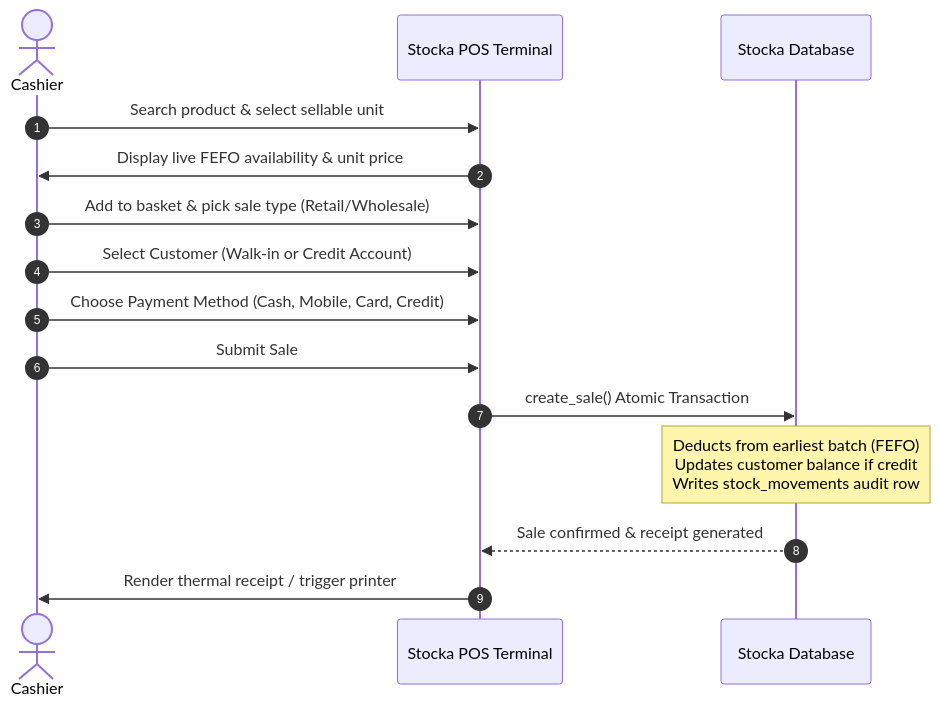
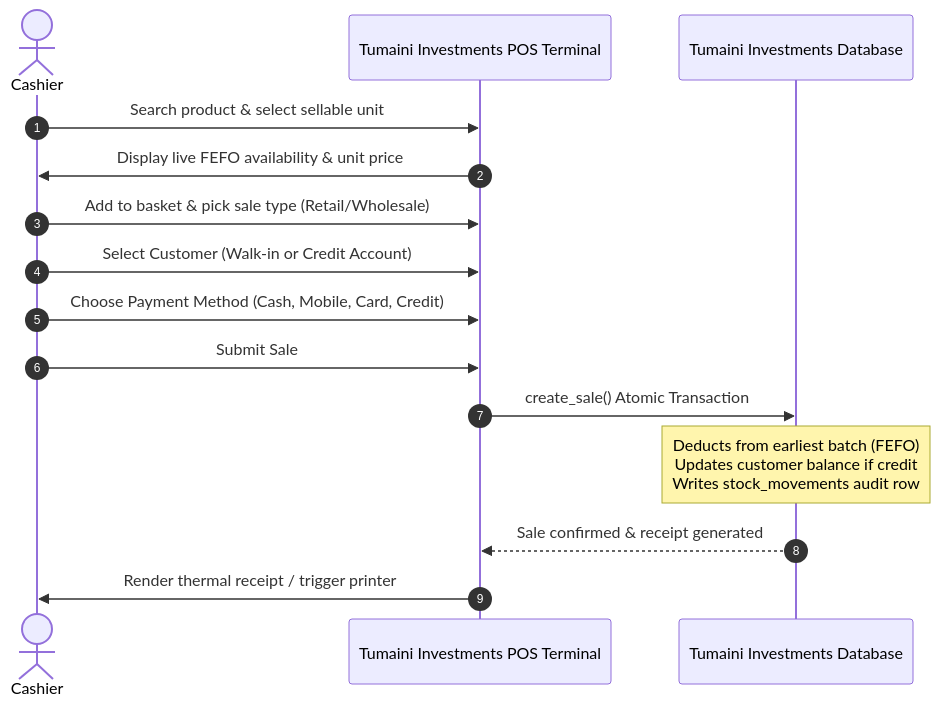
One commit to ThomJonathan/Pharmacy-management-system changed the second of 4 diagrams in USER_MANUAL.md. Above: the diagram before and after it, drawn with Mermaid. The commit also changed other lines of this file and 14 other files, not shown here.

````diff
--- a/USER_MANUAL.md
+++ b/USER_MANUAL.md
@@ -122,17 +122,17 @@
 ```mermaid
 sequenceDiagram
     autonumber
     actor Cashier
-    participant POS as Stocka POS Terminal
-    participant DB as Stocka Database
+    participant POS as Tumaini Investments POS Terminal
+    participant DB as Tumaini Investments Database
     Cashier->>POS: Search product & select sellable unit
     POS->>Cashier: Display live FEFO availability & unit price
     Cashier->>POS: Add to basket & pick sale type (Retail/Wholesale)
     Cashier->>POS: Select Customer (Walk-in or Credit Account)
     Cashier->>POS: Choose Payment Method (Cash, Mobile, Card, Credit)
     Cashier->>POS: Submit Sale
     POS->>DB: create_sale() Atomic Transaction
     Note over DB: Deducts from earliest batch (FEFO)<br/>Updates customer balance if credit<br/>Writes stock_movements audit row
     DB-->>POS: Sale confirmed & receipt generated
     POS->>Cashier: Render thermal receipt / trigger printer
 ```
````
